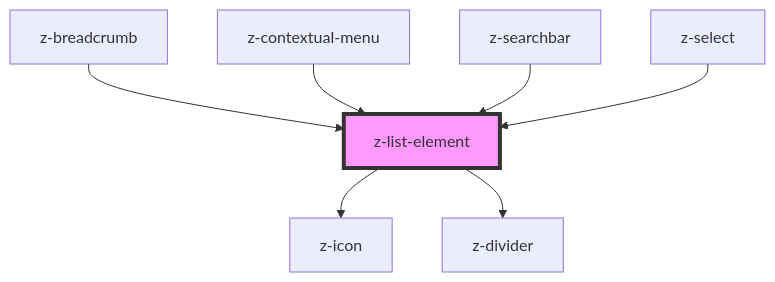
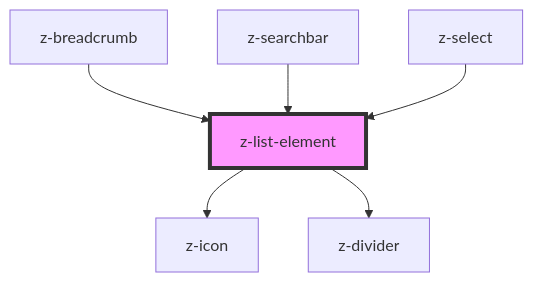
Before and after one commit to ZanichelliEditore/design-system: the diagram in src/components/list/z-list-element/readme.md, drawn with Mermaid. The commit also changed other lines of this file and 12 other files, not shown here.

````diff
--- a/src/components/list/z-list-element/readme.md
+++ b/src/components/list/z-list-element/readme.md
@@ -58,10 +57,9 @@
 ```mermaid
 graph TD;
   z-list-element --> z-icon
   z-list-element --> z-divider
   z-breadcrumb --> z-list-element
-  z-contextual-menu --> z-list-element
   z-searchbar --> z-list-element
   z-select --> z-list-element
   style z-list-element fill:#f9f,stroke:#333,stroke-width:4px
 ```
````
